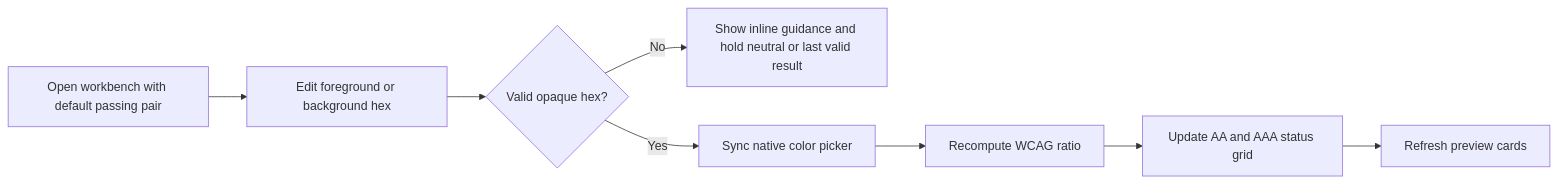
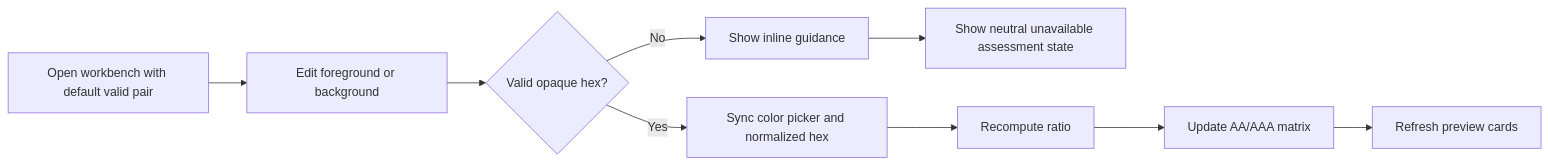
Before and after one commit to superiority-claw-agent/contrast-workbench-spark-0606: the second of 6 diagrams in docs/ux/ux-spec.md, drawn with Mermaid. The commit also changed other lines of this file and 26 other files, not shown here.

````diff
--- a/docs/ux/ux-spec.md
+++ b/docs/ux/ux-spec.md
@@ -11,10 +31,11 @@
 ```mermaid
 flowchart LR
-    A[Open workbench with default passing pair] --> B[Edit foreground or background hex]
+    A[Open workbench with default valid pair] --> B[Edit foreground or background]
     B --> C{Valid opaque hex?}
-    C -->|No| D[Show inline guidance and hold neutral or last valid result]
-    C -->|Yes| E[Sync native color picker]
-    E --> F[Recompute WCAG ratio]
-    F --> G[Update AA and AAA status grid]
-    G --> H[Refresh preview cards]
+    C -->|No| D[Show inline guidance]
+    D --> E[Show neutral unavailable assessment state]
+    C -->|Yes| F[Sync color picker and normalized hex]
+    F --> G[Recompute ratio]
+    G --> H[Update AA/AAA matrix]
+    H --> I[Refresh preview cards]
 ```
````
